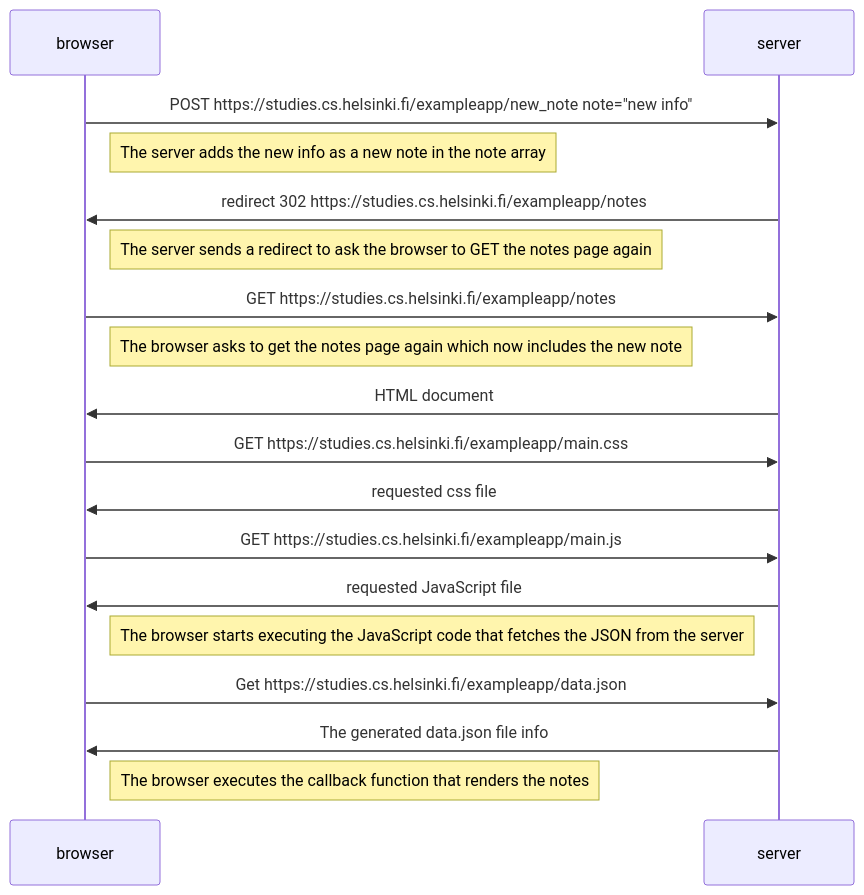
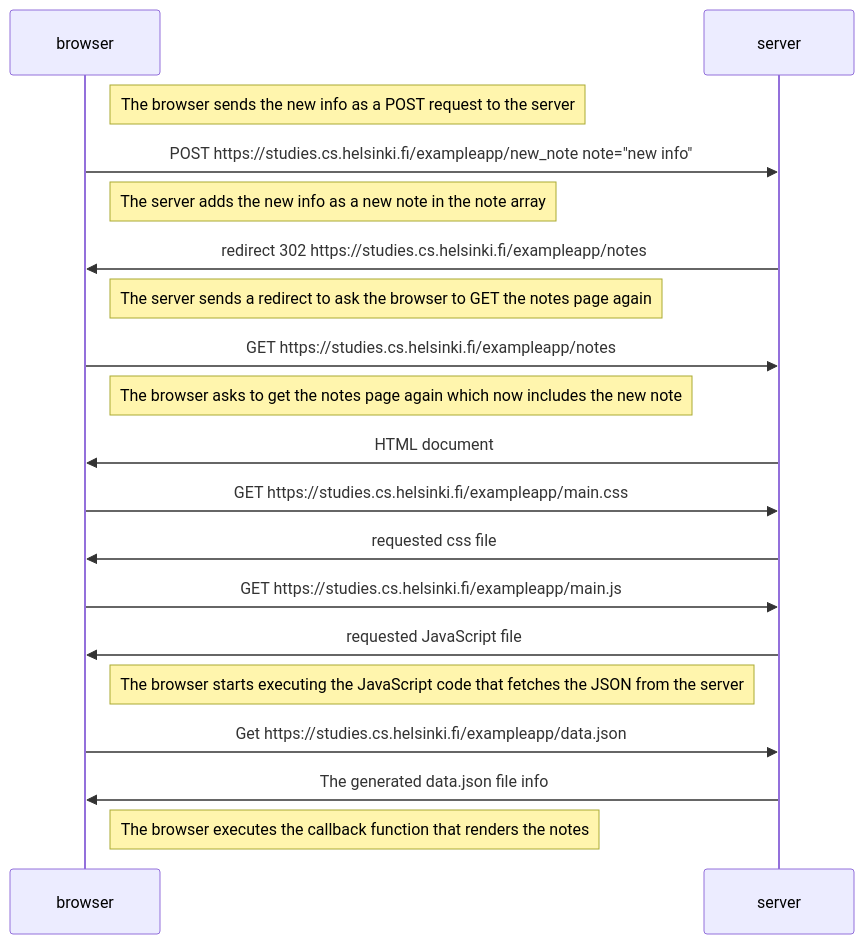
One commit to Welhox/FSO changed the diagram in part0/0.4.md. Above: the diagram before and after it, drawn with Mermaid.

````diff
--- a/part0/0.4.md
+++ b/part0/0.4.md
@@ -1,25 +1,26 @@
 ```mermaid
 sequenceDiagram
   participant browser
   participant server
 
+  note right of browser: The browser sends the new info as a POST request to the server
   browser->>server: POST https://studies.cs.helsinki.fi/exampleapp/new_note note="new info"
   note right of browser: The server adds the new info as a new note in the note array
   server ->>browser: redirect 302 https://studies.cs.helsinki.fi/exampleapp/notes
   note right of browser: The server sends a redirect to ask the browser to GET the notes page again
 
   browser ->>server: GET https://studies.cs.helsinki.fi/exampleapp/notes
   note right of browser: The browser asks to get the notes page again which now includes the new note
   server ->>browser: HTML document
 
   browser ->>server: GET https://studies.cs.helsinki.fi/exampleapp/main.css
   server ->>browser: requested css file
 
   browser ->>server: GET https://studies.cs.helsinki.fi/exampleapp/main.js
   server ->>browser: requested JavaScript file
   Note right of browser: The browser starts executing the JavaScript code that fetches the JSON from the server
 
   browser ->>server: Get https://studies.cs.helsinki.fi/exampleapp/data.json
   server ->>browser: The generated data.json file info
   Note right of browser: The browser executes the callback function that renders the notes
 ```
````
